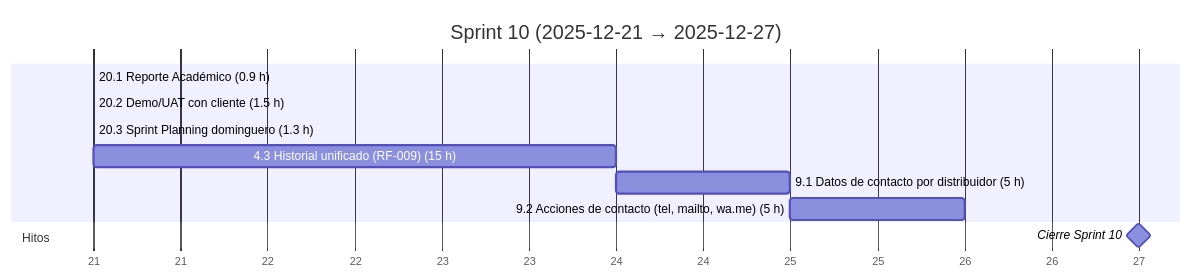
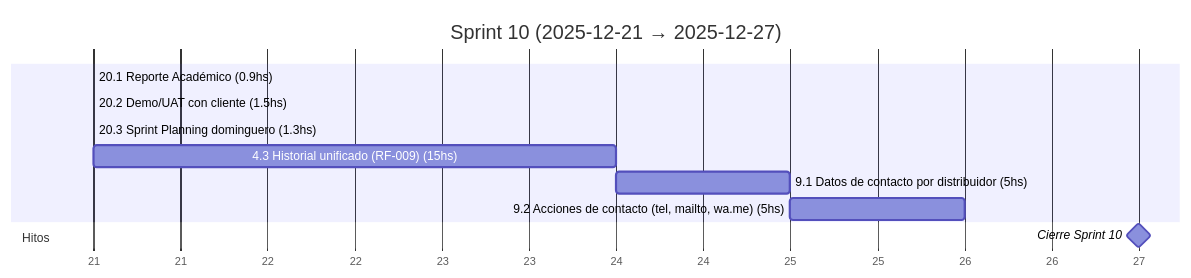
Before and after one commit to MarkMed/FleetMan: diagram 11 of 17 in docs/SprintsGantts.md, drawn with Mermaid. The commit also changed other lines of this file, not shown here.

Commit message:
Update Gantt chart documentation to standardize time format from hours to hours (hs)

````diff
--- a/docs/SprintsGantts.md
+++ b/docs/SprintsGantts.md
@@ -271,18 +270,18 @@
 ```mermaid
 gantt
   title Sprint 10 (2025-12-21 → 2025-12-27)
   dateFormat  YYYY-MM-DD
   axisFormat  %d
 
   %% Asumimos 5 h/día. Horas estimadas incluidas en el nombre.
 
-  20.1 Reporte Académico (0.9 h)               :t201, 2025-12-21, 0.2d
-  20.2 Demo/UAT con cliente (1.5 h)            :t202, after t201, 0.3d
-  20.3 Sprint Planning dominguero (1.3 h)      :t203, after t202, 0.3d
-  4.3 Historial unificado (RF-009) (15 h)      :t43, after t203, 3d
-  9.1 Datos de contacto por distribuidor (5 h) :t91, after t43, 1d
-  9.2 Acciones de contacto (tel, mailto, wa.me) (5 h) :t92, after t91, 1d
+  20.1 Reporte Académico (0.9hs)               :t201, 2025-12-21, 0.2d
+  20.2 Demo/UAT con cliente (1.5hs)            :t202, after t201, 0.3d
+  20.3 Sprint Planning dominguero (1.3hs)      :t203, after t202, 0.3d
+  4.3 Historial unificado (RF-009) (15hs)      :t43, after t203, 3d
+  9.1 Datos de contacto por distribuidor (5hs) :t91, after t43, 1d
+  9.2 Acciones de contacto (tel, mailto, wa.me) (5hs) :t92, after t91, 1d
 
   section Hitos
   Cierre Sprint 10                             :milestone, s10, 2025-12-27, 0d
 ```
````
